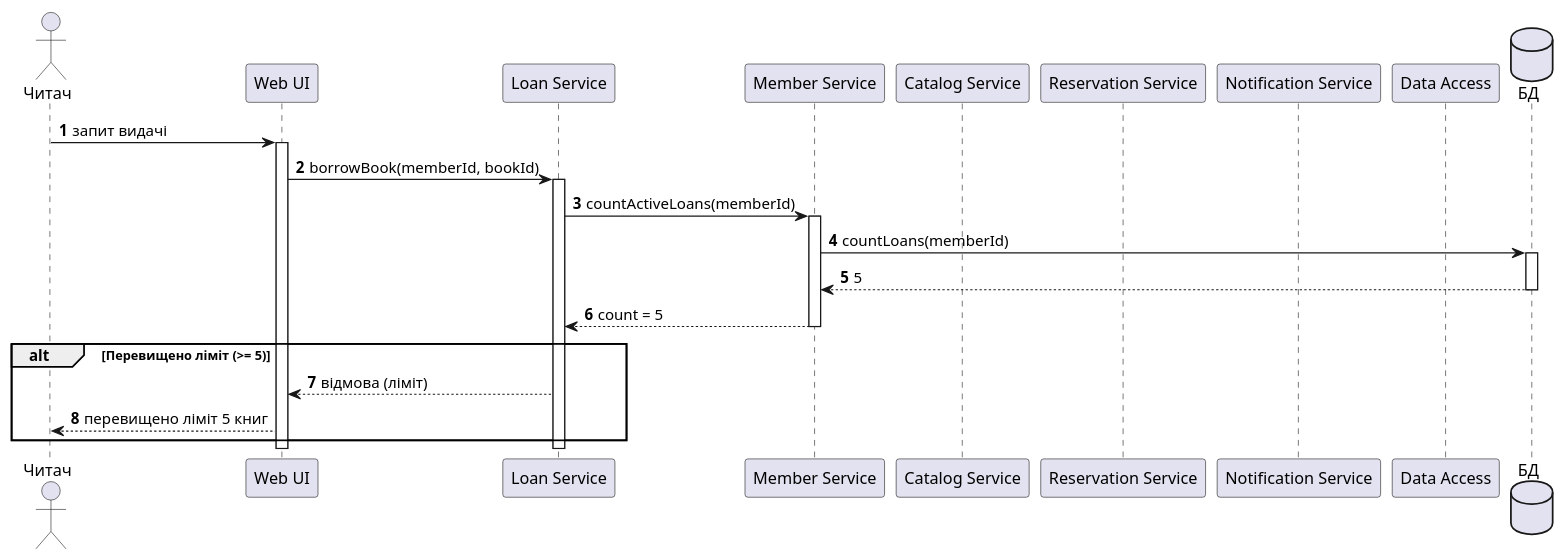
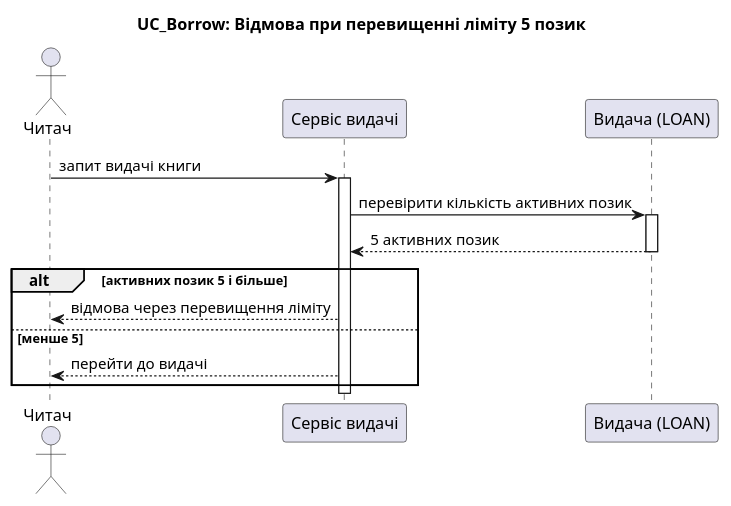
The fourth of 5 diagrams in task-3/sequence.puml (veronikapaschenkor29-png/Library-Modeling-and-Analysis-of-Software-Requirements), drawn with PlantUML before and after one commit. The commit also changed other lines of this file and 4 other files, not shown here.

First line of the commit message:
docs(task-3): sequence diagrams for UC_Borrow scenarios

```diff
--- a/task-3/sequence.puml
+++ b/task-3/sequence.puml
@@ -130,32 +75,18 @@
-@startuml d4-limit-exceeded
-autonumber
-
-actor "Читач" as Reader
-participant "Web UI" as WebUI
-participant "Loan Service" as LoanService
-participant "Member Service" as MemberService
-participant "Catalog Service" as CatalogService
-participant "Reservation Service" as ReservationService
-participant "Notification Service" as NotificationService
-participant "Data Access" as DataAccess
-database "БД" as DB
-
-Reader -> WebUI : запит видачі
-activate WebUI
-WebUI -> LoanService : borrowBook(memberId, bookId)
-activate LoanService
-LoanService -> MemberService : countActiveLoans(memberId)
-activate MemberService
-MemberService -> DB : countLoans(memberId)
-activate DB
-DB --> MemberService : 5
-deactivate DB
-MemberService --> LoanService : count = 5
-deactivate MemberService
-alt Перевищено ліміт (>= 5)
-  LoanService --> WebUI : відмова (ліміт)
-  WebUI --> Reader : перевищено ліміт 5 книг
+@startuml S4_Limit_Refused
+title UC_Borrow: Відмова при перевищенні ліміту 5 позик
+actor "Читач" as R
+participant "Сервіс видачі" as S
+participant "Видача (LOAN)" as N
+R -> S : запит видачі книги
+activate S
+S -> N : перевірити кількість активних позик
+activate N
+N --> S : 5 активних позик
+deactivate N
+alt активних позик 5 і більше
+  S --> R : відмова через перевищення ліміту
+else менше 5
+  S --> R : перейти до видачі
 end
-deactivate LoanService
-deactivate WebUI
+deactivate S
 @enduml
```
